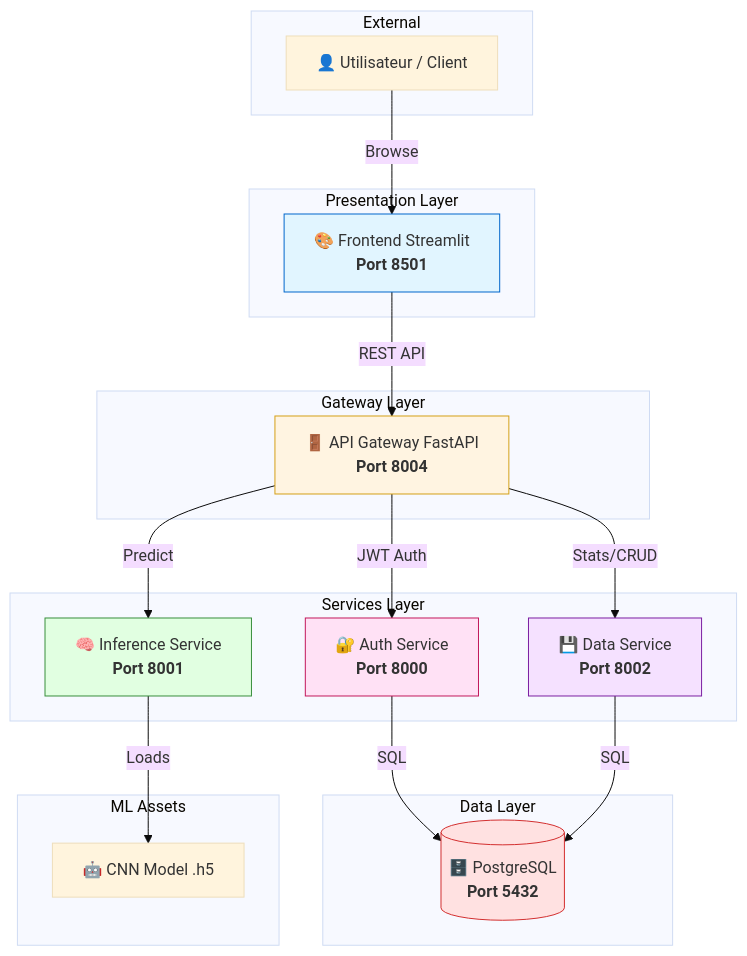
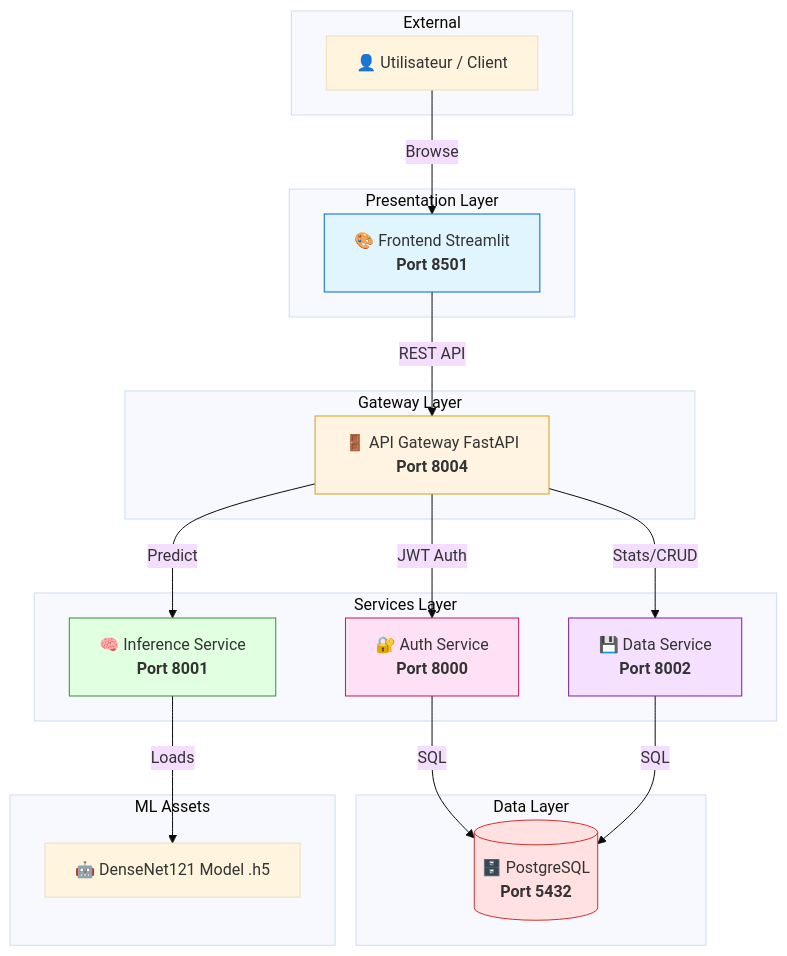
One commit to mnjaay/DL-CancerDuSein changed the diagram in README.md. Above: the diagram before and after it, drawn with Mermaid (base theme). The commit also changed other lines of this file and 17 other files, not shown here.

````diff
--- a/README.md
+++ b/README.md
@@ -61,44 +61,44 @@
 ```mermaid
 graph TB
     subgraph "External"
         U[👤 Utilisateur / Client]
     end
     
     subgraph "Presentation Layer"
         F[🎨 Frontend Streamlit<br/><b>Port 8501</b>]
     end
     
     subgraph "Gateway Layer"
         G[🚪 API Gateway FastAPI<br/><b>Port 8004</b>]
     end
     
     subgraph "Services Layer"
         A[🔐 Auth Service<br/><b>Port 8000</b>]
         I[🧠 Inference Service<br/><b>Port 8001</b>]
         D[💾 Data Service<br/><b>Port 8002</b>]
     end
     
     subgraph "Data Layer"
         DB[(🗄️ PostgreSQL<br/><b>Port 5432</b>)]
     end
     
     subgraph "ML Assets"
-        M[🤖 CNN Model .h5]
+        M[🤖 DenseNet121 Model .h5]
     end
 
     U -->|Browse| F
     F -->|REST API| G
     G -->|JWT Auth| A
     G -->|Predict| I
     G -->|Stats/CRUD| D
     A -->|SQL| DB
     D -->|SQL| DB
     I -->|Loads| M
 
     style F fill:#e1f5ff,stroke:#0066cc
     style G fill:#fff4e1,stroke:#d4a017
     style A fill:#ffe1f5,stroke:#c2185b
     style I fill:#e1ffe1,stroke:#388e3c
     style D fill:#f5e1ff,stroke:#7b1fa2
     style DB fill:#ffe1e1,stroke:#d32f2f
 ```
````
